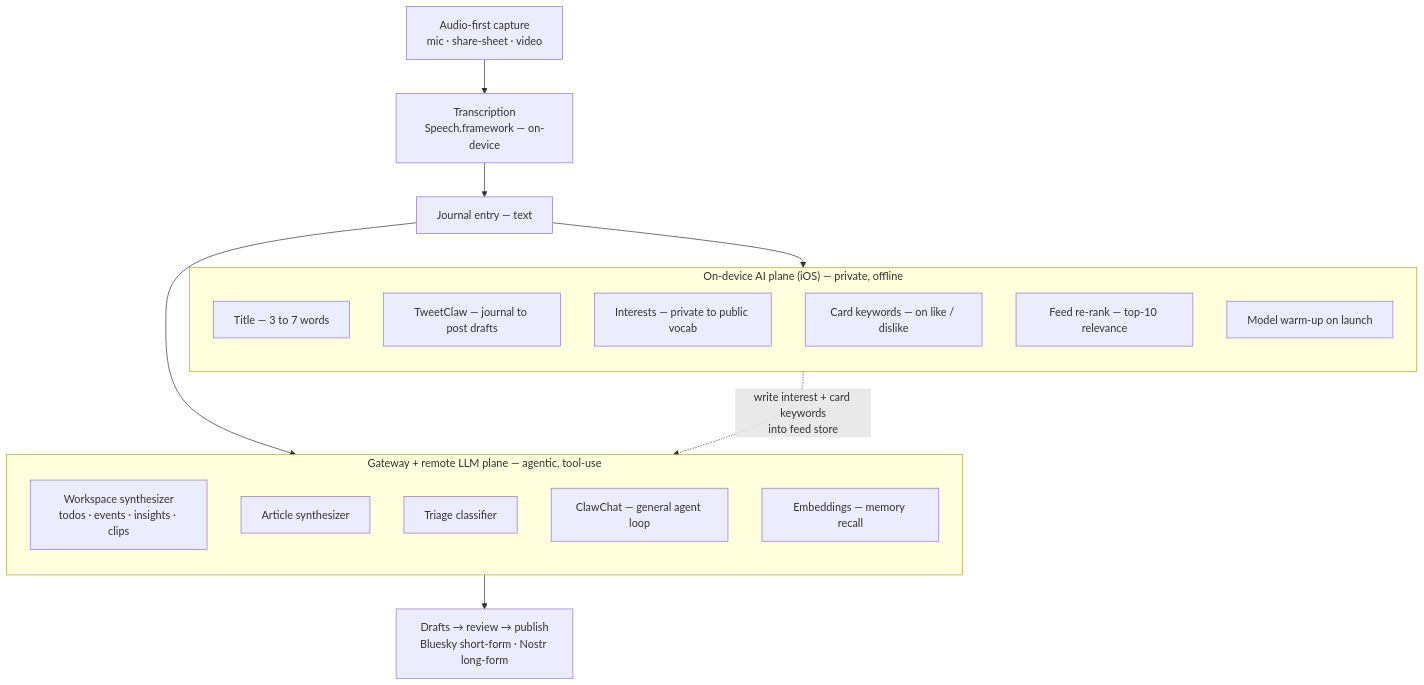
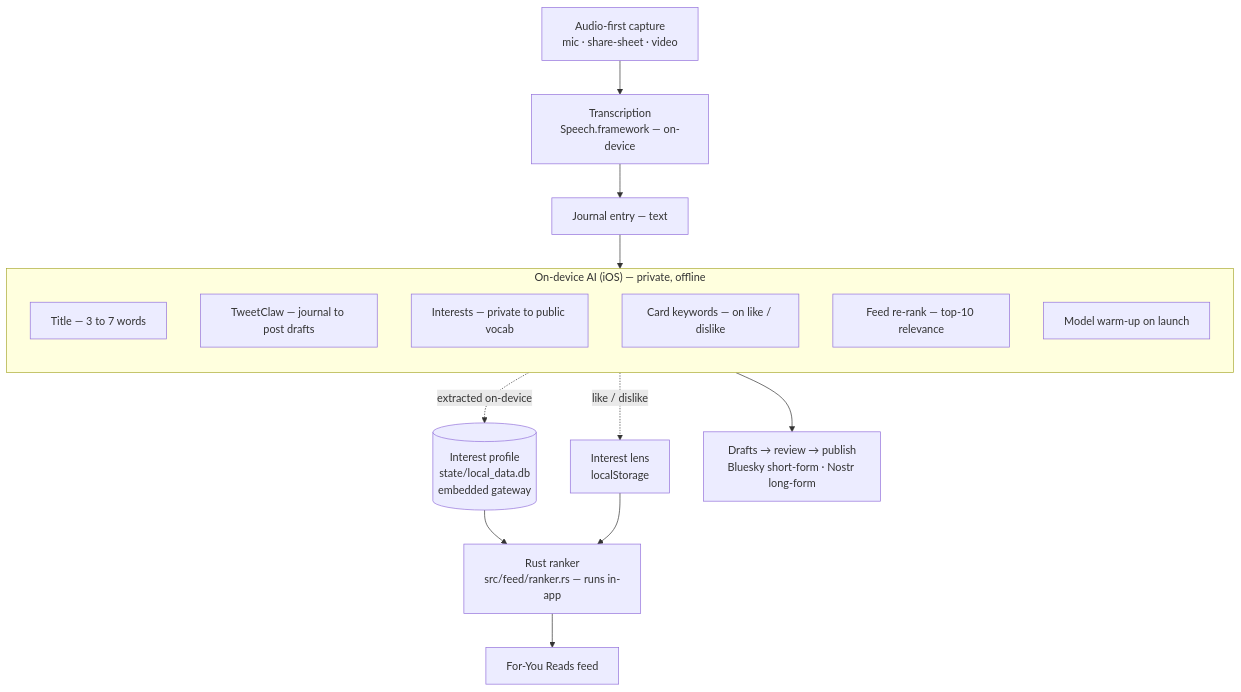
The third of 3 diagrams in README.md (zanynik/slowclaw.social), drawn with Mermaid before and after one commit. The commit also changed other lines of this file, not shown here.

Commit message:
docs(readme): correct AI-loop section to reflect embedded-gateway reality

````diff
--- a/README.md
+++ b/README.md
@@ -88,29 +90,23 @@
 ```mermaid
 flowchart TB
     CAP["Audio-first capture<br/>mic · share-sheet · video"] --> TR["Transcription<br/>Speech.framework — on-device"]
     TR --> J["Journal entry — text"]
     J --> ON
-    J --> GW
 
-    subgraph ON["On-device AI plane (iOS) — private, offline"]
+    subgraph ON["On-device AI (iOS) — private, offline"]
         direction TB
         ON_T["Title — 3 to 7 words"]
         ON_TW["TweetClaw — journal to post drafts"]
         ON_IN["Interests — private to public vocab"]
         ON_CK["Card keywords — on like / dislike"]
         ON_RR["Feed re-rank — top-10 relevance"]
         ON_WM["Model warm-up on launch"]
     end
 
-    subgraph GW["Gateway + remote LLM plane — agentic, tool-use"]
-        direction TB
-        GW_SY["Workspace synthesizer<br/>todos · events · insights · clips"]
-        GW_AR["Article synthesizer"]
-        GW_TR["Triage classifier"]
-        GW_CH["ClawChat — general agent loop"]
-        GW_EM["Embeddings — memory recall"]
-    end
-
-    ON -.->|"write interest + card keywords<br/>into feed store"| GW
-    GW --> PUB["Drafts → review → publish<br/>Bluesky short-form · Nostr long-form"]
+    ON_IN -.->|"extracted on-device"| IP[("Interest profile<br/>state/local_data.db<br/>embedded gateway")]
+    ON_CK -.->|"like / dislike"| LENS["Interest lens<br/>localStorage"]
+    IP --> RANK["Rust ranker<br/>src/feed/ranker.rs — runs in-app"]
+    LENS --> RANK
+    RANK --> FEED["For-You Reads feed"]
+    ON_TW --> PUB["Drafts → review → publish<br/>Bluesky short-form · Nostr long-form"]
 ```
````
